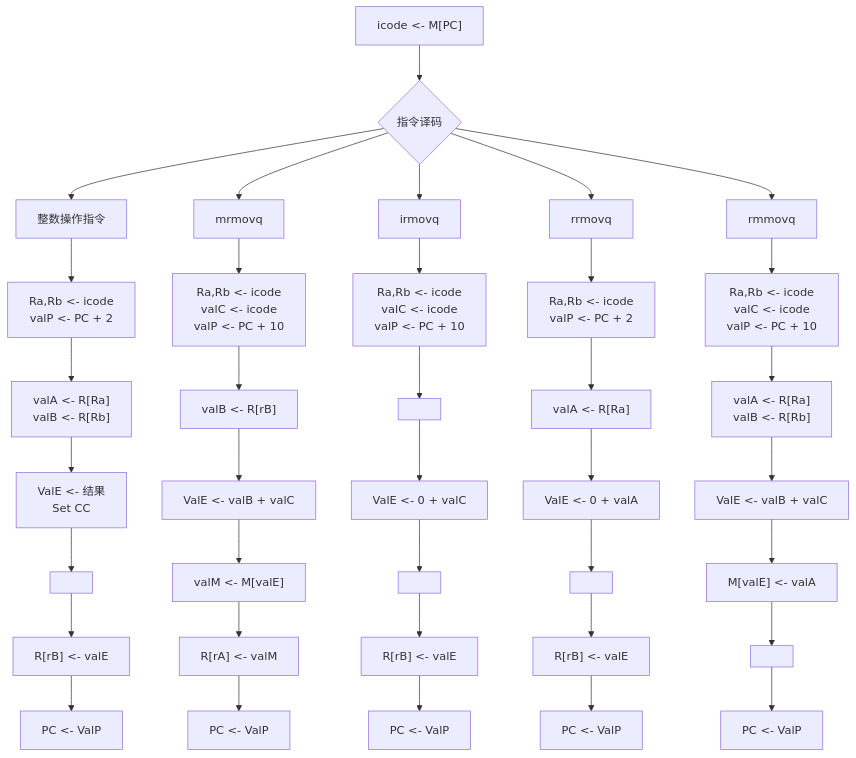
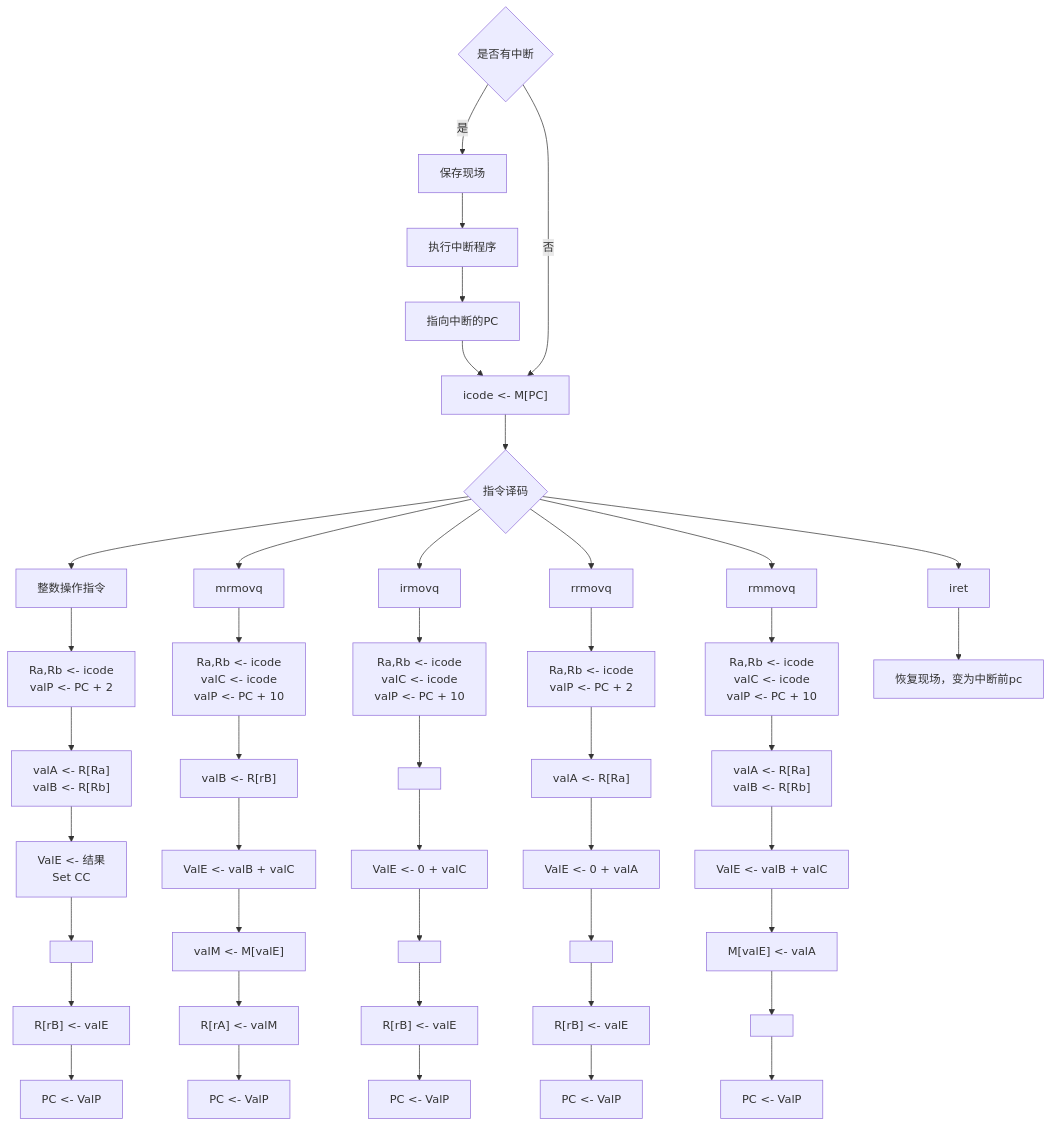
Before and after one commit to wzekin/ComputerOrganization: the first of 2 diagrams in README.md, drawn with Mermaid. The commit also changed other lines of this file and 582 other files, not shown here.

````diff
--- a/README.md
+++ b/README.md
@@ -73,44 +90,53 @@
 ```mermaid
 graph TD
+interupt --是--> i1[保存现场]
+i1 --> i2["执行中断程序"]
+i2 --> i3["指向中断的PC"]
+i3 --> a1
+interupt{是否有中断} --否--> a1
+
 a1["icode <- M[PC]"] --> a2{指令译码}
 
 a2 --> g[整数操作指令]
 g --> g1["Ra,Rb <- icode<br/>valP <- PC + 2"]
 g1 --> g2["valA <- R[Ra]<br/>valB <- R[Rb]"]
 g2 --> g3["ValE <- 结果<br/>Set CC"]
 g3 --> g4[" "]
 g4 --> g5["R[rB] <- valE"]
 g5 --> g6["PC <- ValP"]
 
 a2 --> b[mrmovq]
 b --> b1["Ra,Rb <- icode<br/>valC <- icode<br/>valP <- PC + 10"]
 b1 --> b2["valB <- R[rB]"]
 b2 --> b3["ValE <- valB + valC"]
 b3 --> b4["valM <- M[valE]"]
 b4 --> b5["R[rA] <- valM"]
 b5 --> b6["PC <- ValP"]
 
 a2 --> c[irmovq]
 c --> c1["Ra,Rb <- icode<br/>valC <- icode<br/>valP <- PC + 10"]
 c1 --> c2[" "]
 c2 --> c3["ValE <- 0 + valC"]
 c3 --> c4[" "]
 c4 --> c5["R[rB] <- valE"]
 c5 --> c6["PC <- ValP"]
 
 a2 --> d[rrmovq]
 d --> d1["Ra,Rb <- icode<br/>valP <- PC + 2"]
 d1 --> d2["valA <- R[Ra]"]
 d2 --> d3["ValE <- 0 + valA"]
 d3 --> d4[" "]
 d4 --> d5["R[rB] <- valE"]
 d5 --> d6["PC <- ValP"]
 
 a2 --> e[rmmovq]
 e --> e1["Ra,Rb <- icode<br/>valC <- icode<br/>valP <- PC + 10"]
 e1 --> e2["valA <- R[Ra]<br/>valB <- R[Rb]"]
 e2 --> e3["ValE <- valB + valC"]
 e3 --> e4["M[valE] <- valA"]
 e4 --> e5[" "]
 e5 --> e6["PC <- ValP"]
+
+a2 --> f[iret]
+f--> f1["恢复现场，变为中断前pc"]
 ```
````
